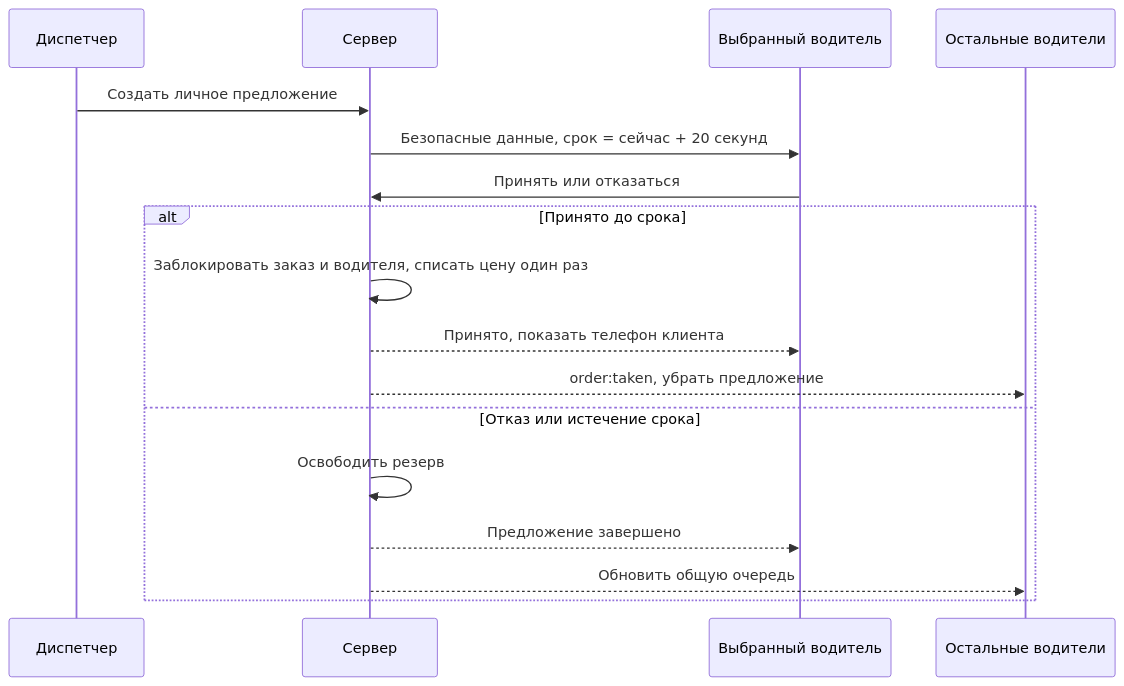
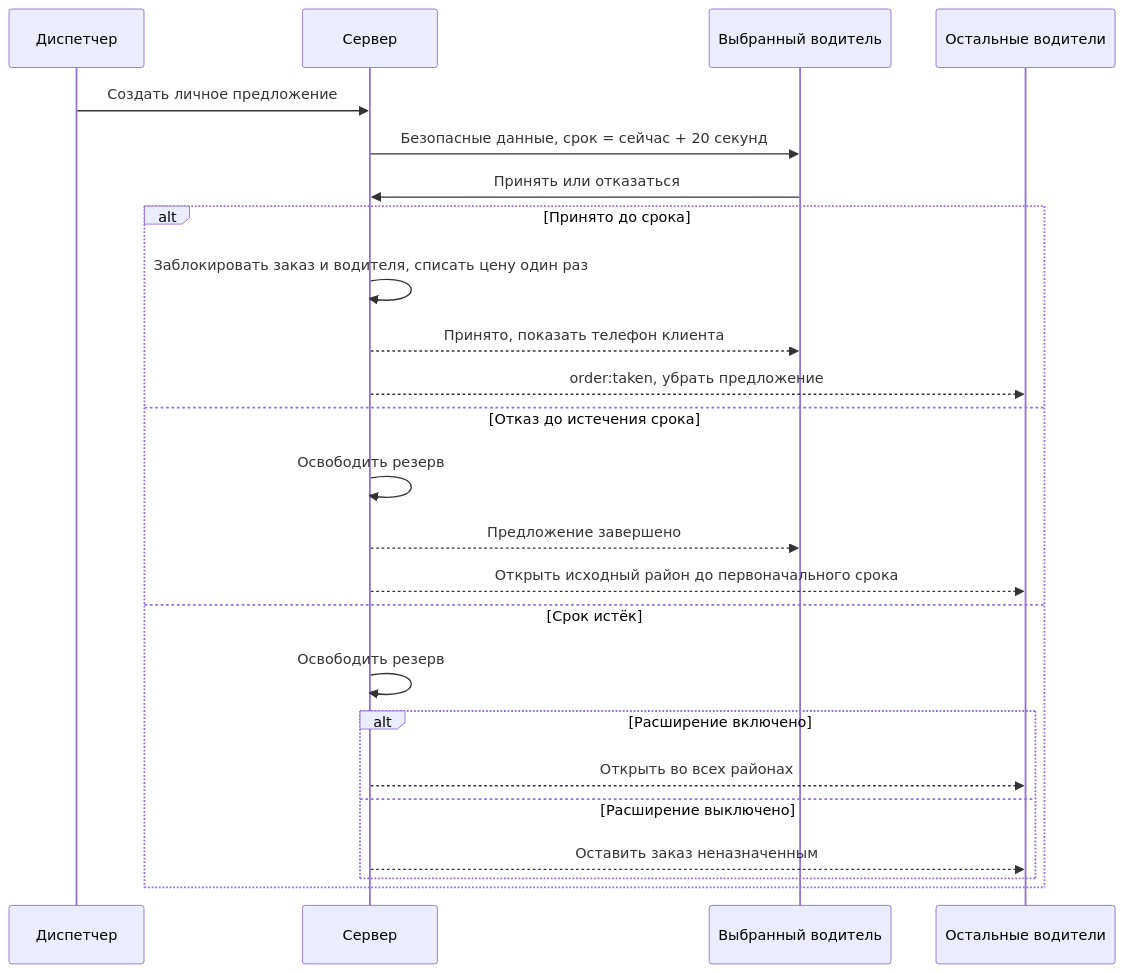
One commit to bagtyyarkovusov/tayyn-hyzmat-project changed the third of 6 diagrams in docs/guide/flows.ru.md. Above: the diagram before and after it, drawn with Mermaid. The commit also changed other lines of this file and 13 other files, not shown here.

````diff
--- a/docs/guide/flows.ru.md
+++ b/docs/guide/flows.ru.md
@@ -46,20 +46,27 @@
 ```mermaid
 sequenceDiagram
   participant D as Диспетчер
   participant S as Сервер
   participant V as Выбранный водитель
   participant O as Остальные водители
 
   D->>S: Создать личное предложение
   S->>V: Безопасные данные, срок = сейчас + 20 секунд
   V->>S: Принять или отказаться
   alt Принято до срока
     S->>S: Заблокировать заказ и водителя, списать цену один раз
     S-->>V: Принято, показать телефон клиента
     S-->>O: order:taken, убрать предложение
-  else Отказ или истечение срока
+  else Отказ до истечения срока
     S->>S: Освободить резерв
     S-->>V: Предложение завершено
-    S-->>O: Обновить общую очередь
+    S-->>O: Открыть исходный район до первоначального срока
+  else Срок истёк
+    S->>S: Освободить резерв
+    alt Расширение включено
+      S-->>O: Открыть во всех районах
+    else Расширение выключено
+      S-->>O: Оставить заказ неназначенным
+    end
   end
 ```
````
